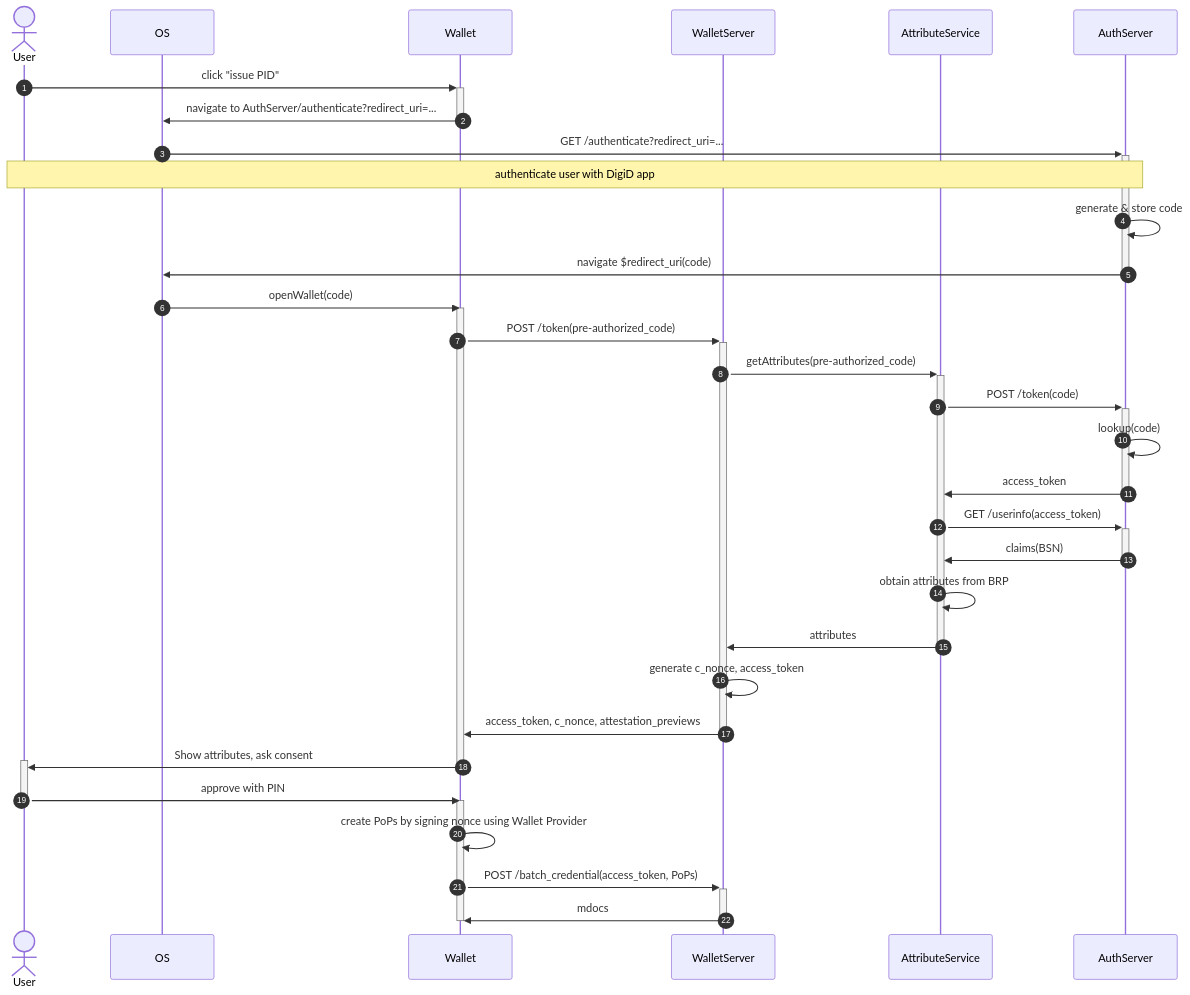
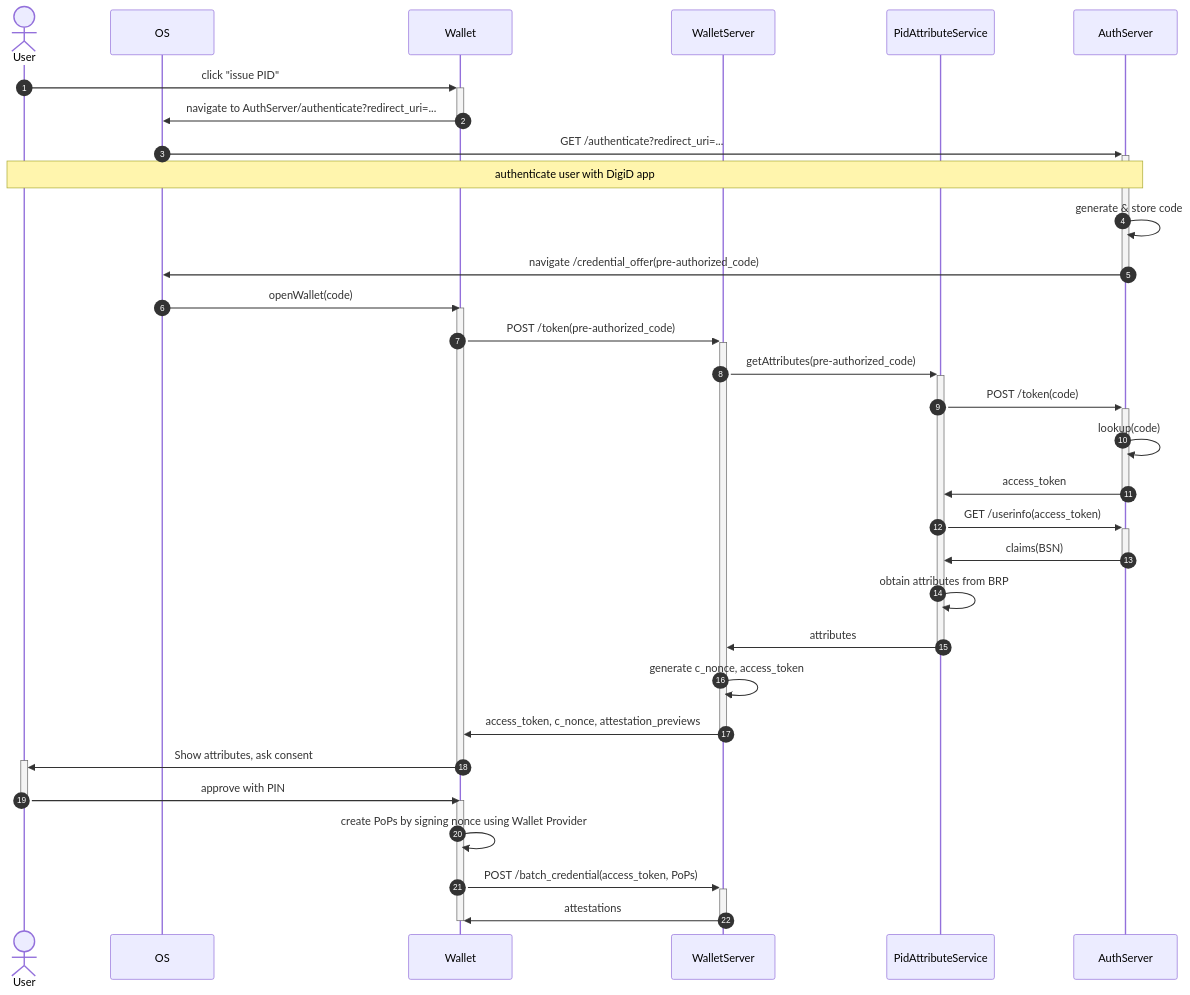
The first of 2 diagrams in documentation/flows/openid.md (MinBZK/nl-wallet), drawn with Mermaid before and after one commit. The commit also changed other lines of this file and 3 other files, not shown here.

````diff
--- a/documentation/flows/openid.md
+++ b/documentation/flows/openid.md
@@ -123,39 +16,39 @@
 ```mermaid
 sequenceDiagram
     autonumber
 
     actor User
     participant OS
     participant Wallet
     participant WalletServer
-    participant AttributeService
+    participant PidAttributeService
     participant AuthServer
 
     User->>+Wallet: click "issue PID"
     Wallet->>-OS: navigate to AuthServer/authenticate?redirect_uri=...
     OS->>+AuthServer: GET /authenticate?redirect_uri=...
     note over User, AuthServer: authenticate user with DigiD app
     AuthServer->>AuthServer: generate & store code
-    AuthServer->>-OS: navigate $redirect_uri(code)
+    AuthServer->>-OS: navigate /credential_offer(pre-authorized_code)
     OS->>Wallet: openWallet(code)
     activate Wallet
         Wallet->>+WalletServer: POST /token(pre-authorized_code)
-        WalletServer->>+AttributeService: getAttributes(pre-authorized_code)
-        AttributeService->>+AuthServer: POST /token(code)
+        WalletServer->>+PidAttributeService: getAttributes(pre-authorized_code)
+        PidAttributeService->>+AuthServer: POST /token(code)
         AuthServer->>AuthServer: lookup(code)
-        AuthServer->>-AttributeService: access_token
-        AttributeService->>+AuthServer: GET /userinfo(access_token)
-        AuthServer->>-AttributeService: claims(BSN)
-        AttributeService->>AttributeService: obtain attributes from BRP
-        AttributeService->>-WalletServer: attributes
+        AuthServer->>-PidAttributeService: access_token
+        PidAttributeService->>+AuthServer: GET /userinfo(access_token)
+        AuthServer->>-PidAttributeService: claims(BSN)
+        PidAttributeService->>PidAttributeService: obtain attributes from BRP
+        PidAttributeService->>-WalletServer: attributes
         WalletServer->>WalletServer: generate c_nonce, access_token
         WalletServer->>-Wallet: access_token, c_nonce, attestation_previews
         Wallet->>+User: Show attributes, ask consent
     deactivate Wallet
     User->>-Wallet: approve with PIN
     activate Wallet
         Wallet->>Wallet: create PoPs by signing nonce using Wallet Provider
     Wallet->>+WalletServer: POST /batch_credential(access_token, PoPs)
-    WalletServer->>-Wallet: mdocs
+    WalletServer->>-Wallet: attestations
     deactivate Wallet
 ```
````
